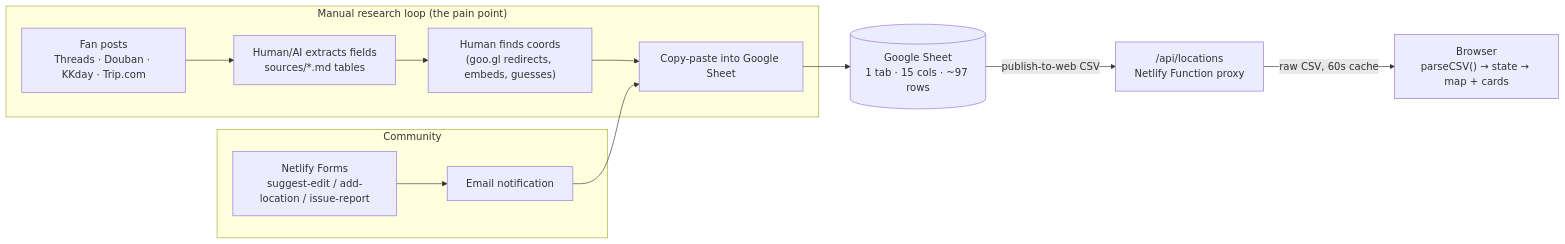
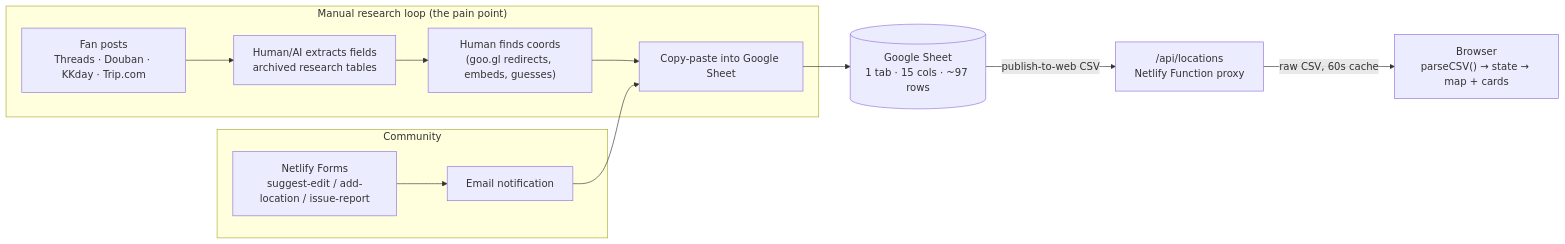
One commit to ginaz5/lingorm-map changed the first of 2 diagrams in docs/archive/notion-migration-and-location-automation-plan.md. Above: the diagram before and after it, drawn with Mermaid. The commit also changed other lines of this file and 103 other files, not shown here.

````diff
--- a/docs/archive/notion-migration-and-location-automation-plan.md
+++ b/docs/archive/notion-migration-and-location-automation-plan.md
@@ -83,14 +83,14 @@
 ```mermaid
 flowchart LR
     subgraph Manual["Manual research loop (the pain point)"]
-        FP["Fan posts<br/>Threads · Douban · KKday · Trip.com"] --> EX["Human/AI extracts fields<br/>sources/*.md tables"]
+        FP["Fan posts<br/>Threads · Douban · KKday · Trip.com"] --> EX["Human/AI extracts fields<br/>archived research tables"]
         EX --> GEO["Human finds coords<br/>(goo.gl redirects, embeds, guesses)"]
         GEO --> PASTE["Copy-paste into Google Sheet"]
     end
     subgraph Community
         NF["Netlify Forms<br/>suggest-edit / add-location / issue-report"] --> MAIL["Email notification"] --> PASTE
     end
     PASTE --> GS[("Google Sheet<br/>1 tab · 15 cols · ~97 rows")]
     GS -->|publish-to-web CSV| LOC["/api/locations<br/>Netlify Function proxy"]
     LOC -->|raw CSV, 60s cache| FE["Browser<br/>parseCSV() → state → map + cards"]
 ```
````
